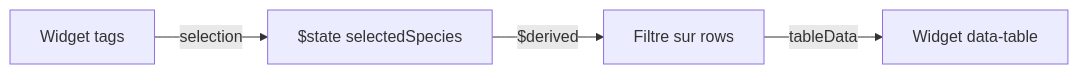
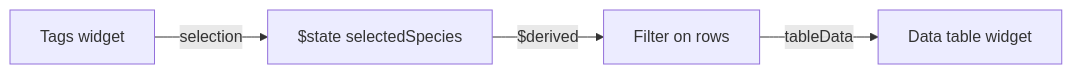
The second of 3 diagrams in docs/starlight/src/content/docs/tutorials/themed-demo.mdx (jeanbaptiste/webmcp-auto-ui), drawn with Mermaid before and after one commit. The commit also changed other lines of this file and 94 other files, not shown here.

````diff
--- a/docs/starlight/src/content/docs/tutorials/themed-demo.mdx
+++ b/docs/starlight/src/content/docs/tutorials/themed-demo.mdx
@@ -321,6 +276,6 @@
 ```mermaid
 graph LR
-    Tags["Widget tags"] -->|selection| State["$state selectedSpecies"]
-    State -->|$derived| Filter["Filtre sur rows"]
-    Filter -->|tableData| Table["Widget data-table"]
+    Tags["Tags widget"] -->|selection| State["$state selectedSpecies"]
+    State -->|$derived| Filter["Filter on rows"]
+    Filter -->|tableData| Table["Data table widget"]
 ```
````
